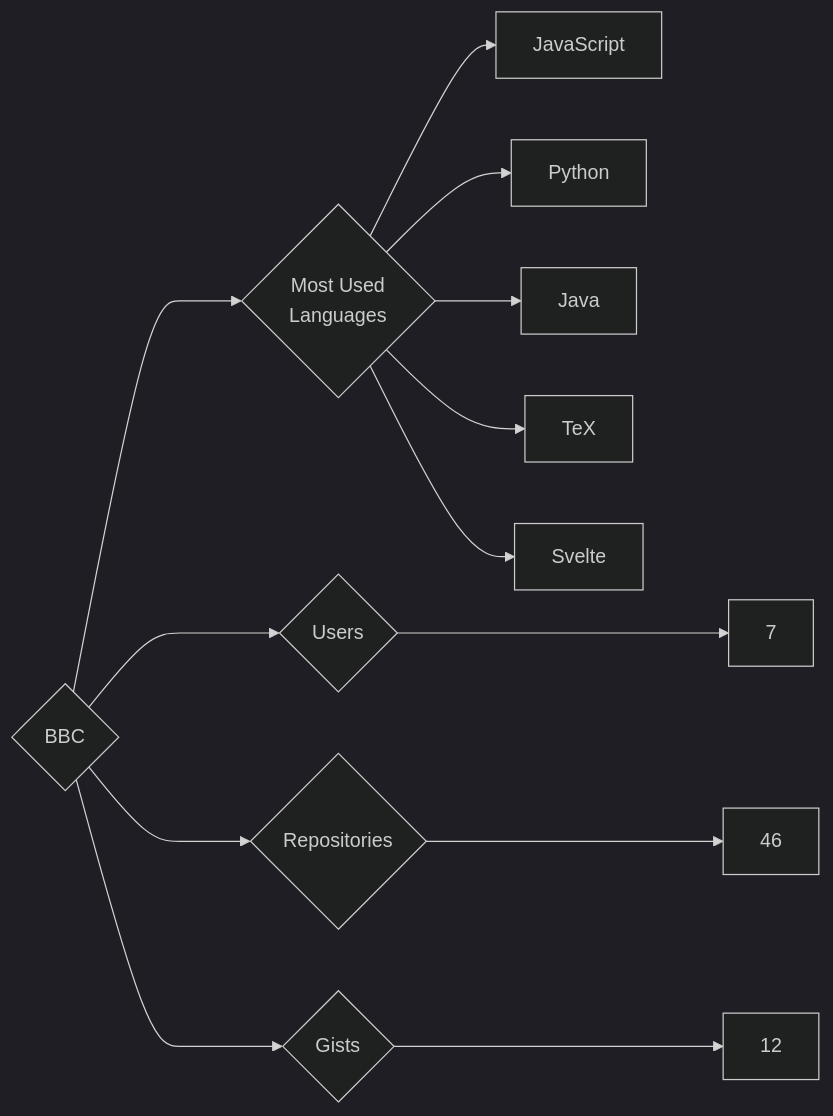
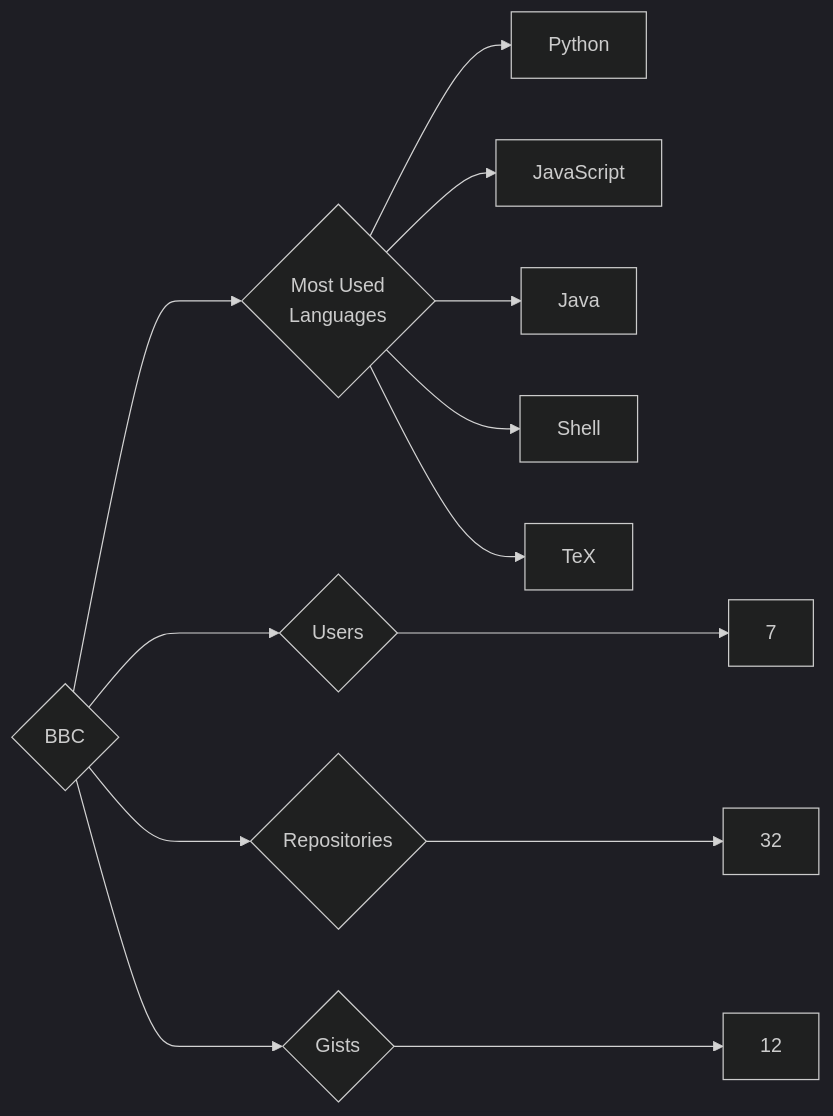
The diagram in targets/BBC/README.md (trickest/insiders), drawn with Mermaid (dark theme) before and after one commit. The commit also changed 997 other files, not shown here.

````diff
--- a/targets/BBC/README.md
+++ b/targets/BBC/README.md
@@ -3,13 +3,13 @@
 ```mermaid
 graph LR
 COMPANY_NAME{BBC}
 COMPANY_NAME ---> U{Users} ---> UN[7]
-COMPANY_NAME ---> R{Repositories} ---> RN[46]
+COMPANY_NAME ---> R{Repositories} ---> RN[32]
 COMPANY_NAME ---> G{Gists} ---> GN[12]
 COMPANY_NAME ---> ML{Most Used<br>Languages}
+ML --> Python[Python]
 ML --> JavaScript[JavaScript]
-ML --> Python[Python]
 ML --> Java[Java]
+ML --> Shell[Shell]
 ML --> TeX[TeX]
-ML --> Svelte[Svelte]
 ```
````
